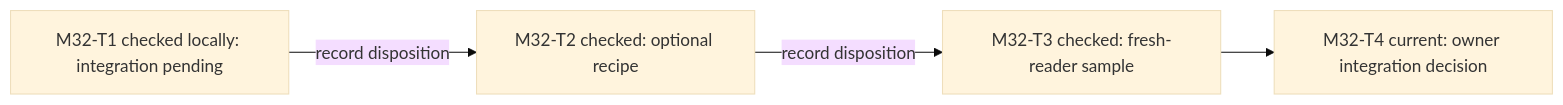
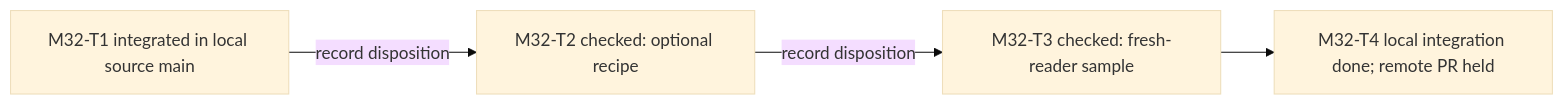
Before and after one commit to dm-uy/galaxica-sombrero: the diagram in examples/pm-project/ROADMAP.md, drawn with Mermaid (base theme). The commit also changed other lines of this file and 3 other files, not shown here.

Commit message:
docs: record owner-approved M32 local integration

````diff
--- a/examples/pm-project/ROADMAP.md
+++ b/examples/pm-project/ROADMAP.md
@@ -39,6 +39,6 @@
 ```mermaid
 flowchart LR
-    M32T1["M32-T1 checked locally: integration pending"] -->|record disposition| M32T2["M32-T2 checked: optional recipe"]
+    M32T1["M32-T1 integrated in local source main"] -->|record disposition| M32T2["M32-T2 checked: optional recipe"]
     M32T2 -->|record disposition| M32T3["M32-T3 checked: fresh-reader sample"]
-    M32T3 --> M32T4["M32-T4 current: owner integration decision"]
+    M32T3 --> M32T4["M32-T4 local integration done; remote PR held"]
 ```
````
